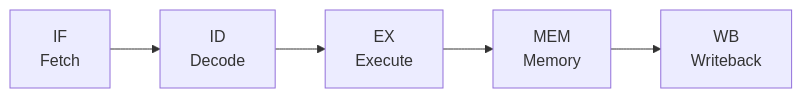
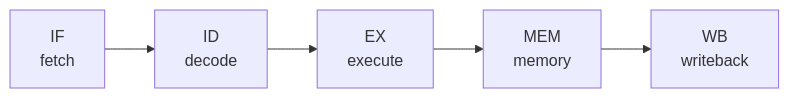
The diagram in Kmila.Shared/wwwroot/Learn/de/cpu/01-cpu-overview.md (Kmila9s/Kmila), drawn with Mermaid before and after one commit. The commit also changed other lines of this file and 212 other files, not shown here.

````diff
--- a/Kmila.Shared/wwwroot/Learn/de/cpu/01-cpu-overview.md
+++ b/Kmila.Shared/wwwroot/Learn/de/cpu/01-cpu-overview.md
@@ -5,4 +5,4 @@
 ```mermaid
 flowchart LR
-    IF["IF<br/>Fetch"] --> ID["ID<br/>Decode"] --> EX["EX<br/>Execute"] --> MEM["MEM<br/>Memory"] --> WB["WB<br/>Writeback"]
+    IF["IF<br/>fetch"] --> ID["ID<br/>decode"] --> EX["EX<br/>execute"] --> MEM["MEM<br/>memory"] --> WB["WB<br/>writeback"]
 ```
````
